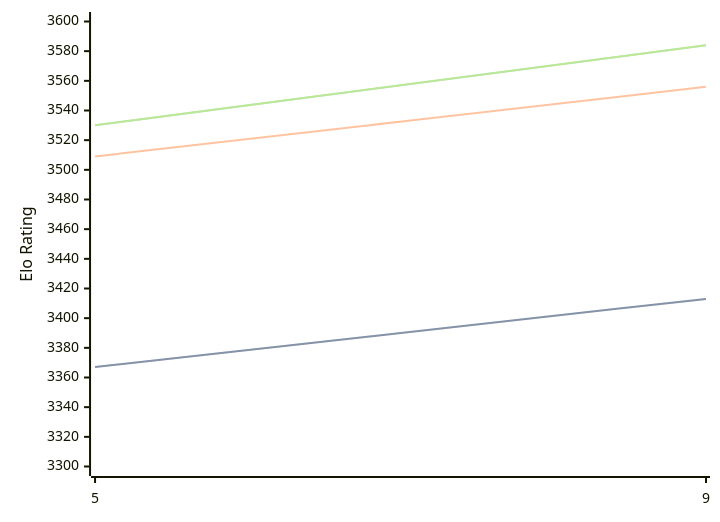
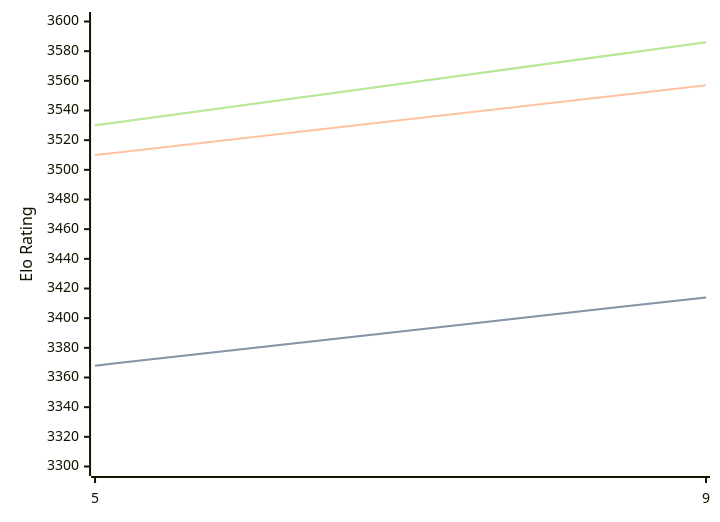
One commit to computer-chess-index/cci changed the third of 3 diagrams in engines/Crystal.md. Above: the diagram before and after it, drawn with Mermaid. The commit also changed other lines of this file, not shown here.

Commit message:
Update CCI Ratings (ELO VLTC) - 2026-07-12

````diff
--- a/engines/Crystal.md
+++ b/engines/Crystal.md
@@ -93,11 +93,11 @@
 ```mermaid
 %%{init: {"theme":"base","themeVariables":{"seriesColors:['#a3a3a3','#222221','#faa371']}}}%%
 xychart-beta
   x-axis ["5", "9"]
   y-axis "Elo Rating" 3300 --> 3600
-  line "STC (8.0+0.08s)" [3367, 3413]
-  line "STC (8.0+0.08s)" [3367, 3413]
-  line "LTC (60.0+0.60s)" [3509, 3556]
-  line "VLTC (2m24s+1.12s)" [3530, 3584]
-  line "VLTC (2m24s+1.12s)" [3530, 3584]
+  line "STC (8.0+0.08s)" [3368, 3414]
+  line "STC (8.0+0.08s)" [3368, 3414]
+  line "LTC (60.0+0.60s)" [3510, 3557]
+  line "VLTC (2m24s+1.12s)" [3530, 3586]
+  line "VLTC (2m24s+1.12s)" [3530, 3586]
 ```
````
